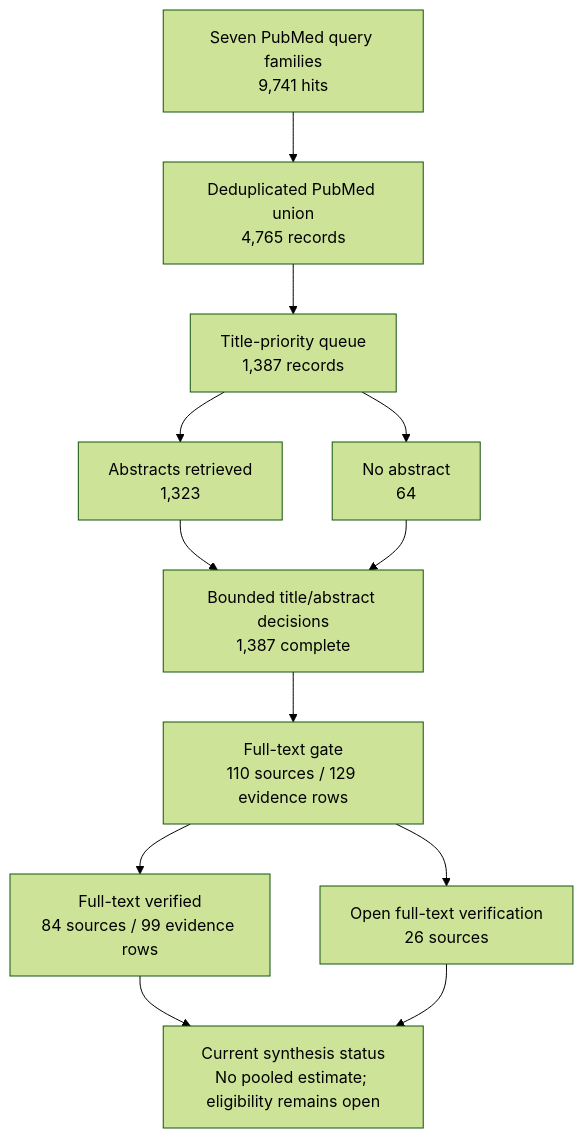
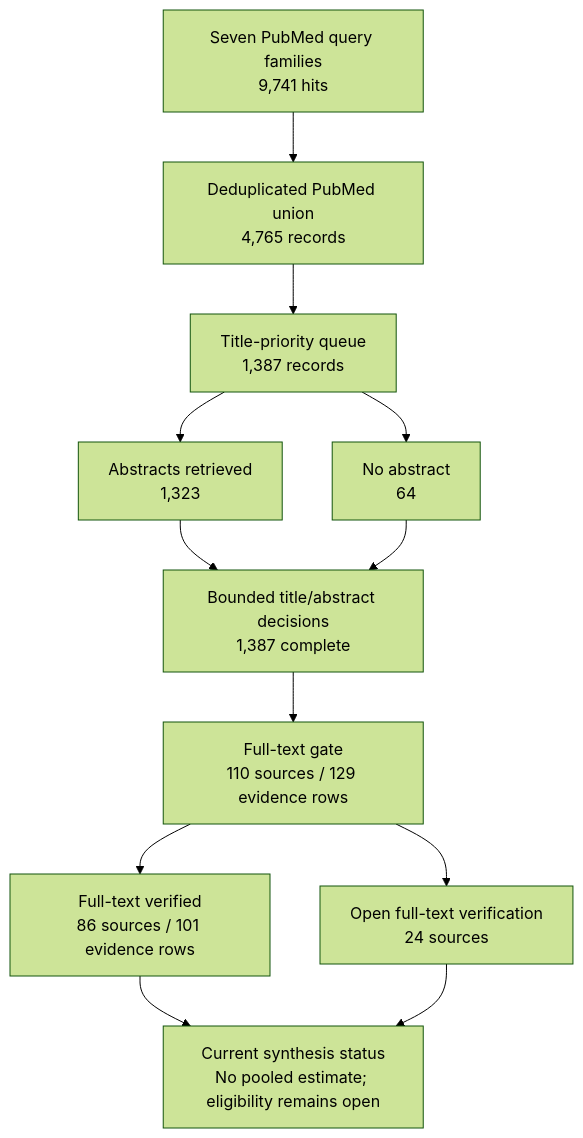
Before and after one commit to dcmcshan/artemisia: the diagram in manuscript/figures/figure-3-review-flow.mmd, drawn with Mermaid (forest theme). The commit also changed 16 other files, not shown here.

Commit message:
Add verified 2026 malaria evidence to review package

```diff
--- a/manuscript/figures/figure-3-review-flow.mmd
+++ b/manuscript/figures/figure-3-review-flow.mmd
@@ -1,12 +1,12 @@
 flowchart TD
   A["Seven PubMed query families<br/>9,741 hits"] --> B["Deduplicated PubMed union<br/>4,765 records"]
   B --> C["Title-priority queue<br/>1,387 records"]
   C --> D["Abstracts retrieved<br/>1,323"]
   C --> E["No abstract<br/>64"]
   D --> F["Bounded title/abstract decisions<br/>1,387 complete"]
   E --> F
   F --> G["Full-text gate<br/>110 sources / 129 evidence rows"]
-  G --> H["Full-text verified<br/>84 sources / 99 evidence rows"]
-  G --> I["Open full-text verification<br/>26 sources"]
+  G --> H["Full-text verified<br/>86 sources / 101 evidence rows"]
+  G --> I["Open full-text verification<br/>24 sources"]
   H --> J["Current synthesis status<br/>No pooled estimate; eligibility remains open"]
   I --> J
```
